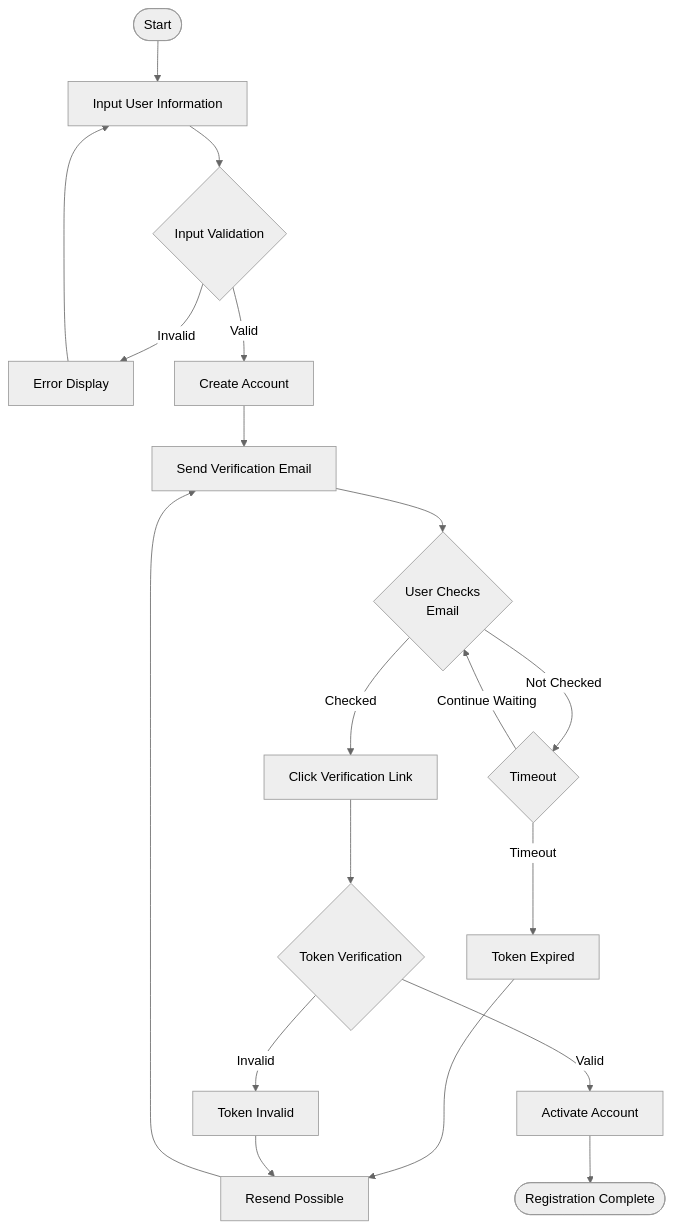
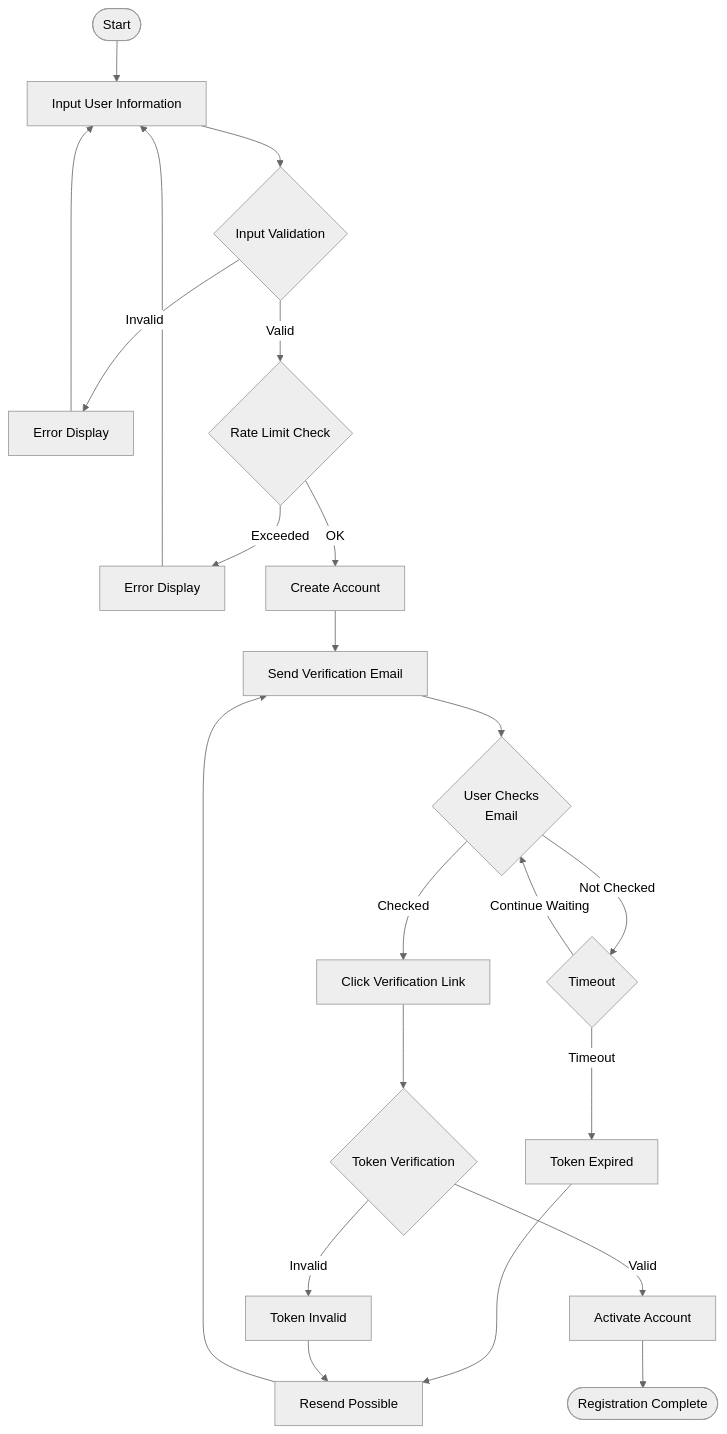
The first of 7 diagrams in docs/architecture/bpmn.md (yukiharada1228/videoq), drawn with Mermaid (neutral theme) before and after one commit. The commit also changed other lines of this file and 7 other files, not shown here.

Commit message:
docs: update diagrams and README for rate limits, CACHE_URL, and popular scenes

````diff
--- a/docs/architecture/bpmn.md
+++ b/docs/architecture/bpmn.md
@@ -9,21 +9,24 @@
 ```mermaid
 flowchart TD
     Start([Start]) --> UserInput[Input User Information]
     UserInput --> Validate{Input Validation}
     Validate -->|Invalid| ShowError[Error Display]
     ShowError --> UserInput
-    Validate -->|Valid| CreateAccount[Create Account]
+    Validate -->|Valid| RateLimit{"Rate Limit Check"}
+    RateLimit -->|Exceeded| ErrorRateLimit[Error Display]
+    ErrorRateLimit --> UserInput
+    RateLimit -->|OK| CreateAccount[Create Account]
     CreateAccount --> SendEmail[Send Verification Email]
     SendEmail --> WaitEmail{"User Checks<br>Email"}
     WaitEmail -->|Not Checked| Timeout{Timeout}
     Timeout -->|Timeout| Expire[Token Expired]
     Expire --> Resend[Resend Possible]
     Resend --> SendEmail
     Timeout -->|Continue Waiting| WaitEmail
     WaitEmail -->|Checked| ClickLink[Click Verification Link]
     ClickLink --> VerifyToken{Token Verification}
     VerifyToken -->|Invalid| InvalidToken[Token Invalid]
     InvalidToken --> Resend
     VerifyToken -->|Valid| ActivateAccount[Activate Account]
     ActivateAccount --> Complete([Registration Complete])
 ```
````
